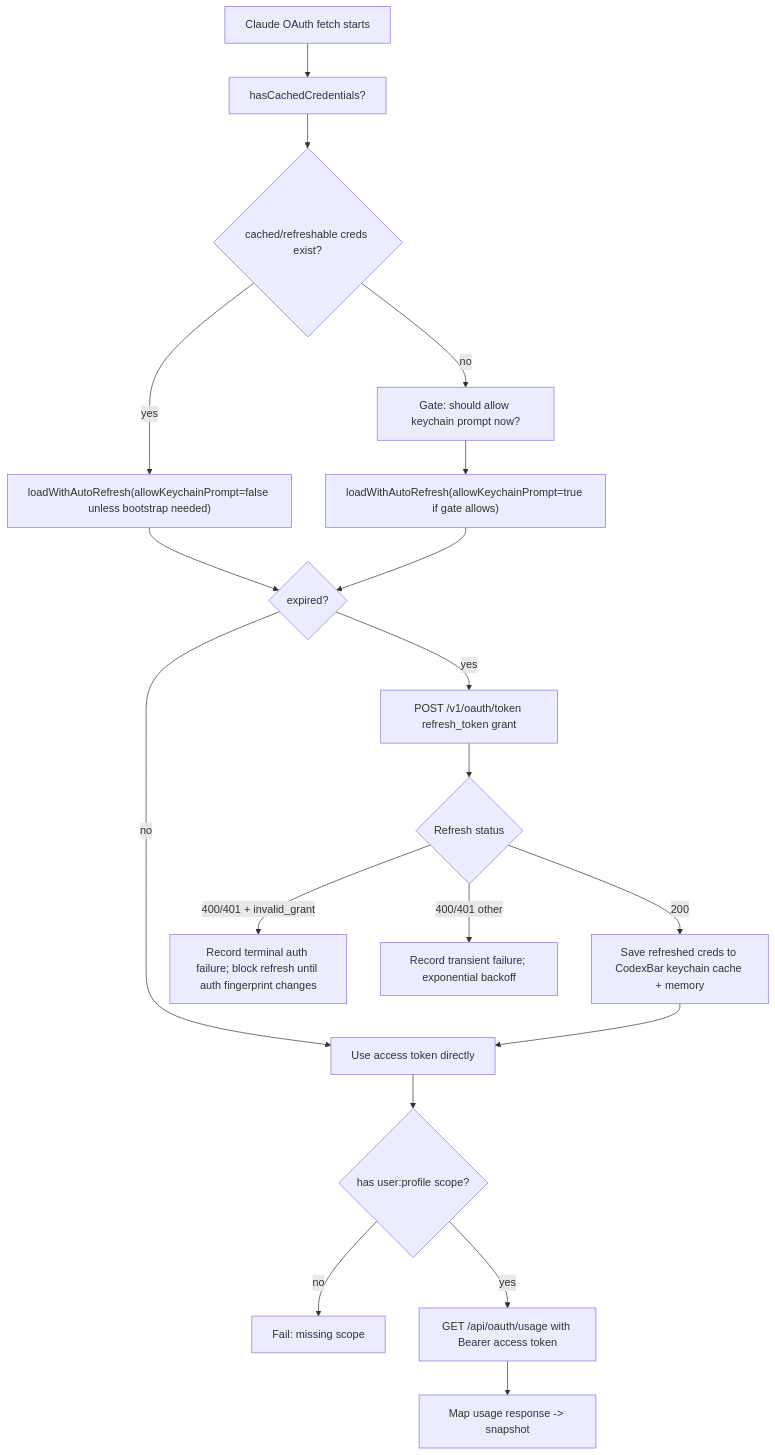
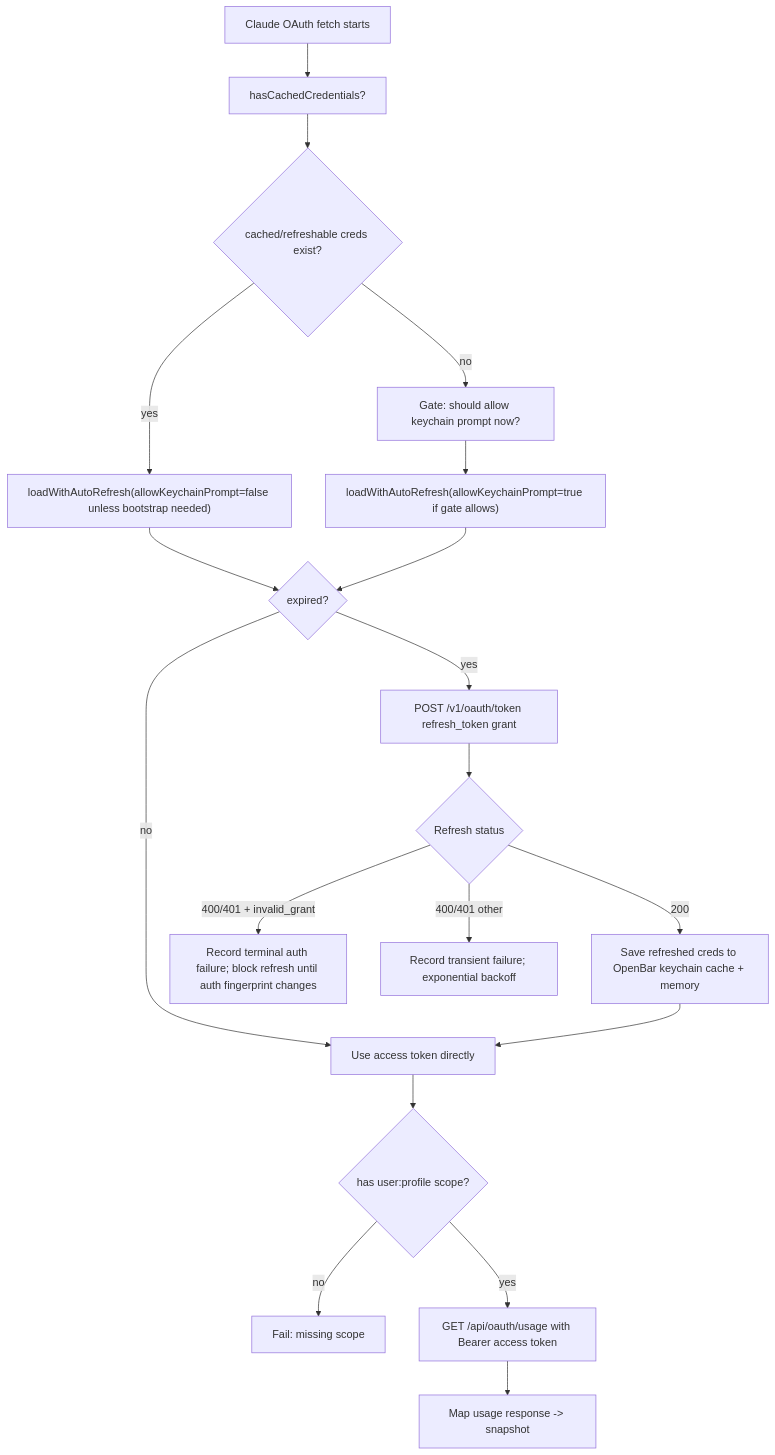
One commit to SergeSerb2/OpenBar changed the second of 10 diagrams in docs/claude-comparison-since-0.18.0beta2.md. Above: the diagram before and after it, drawn with Mermaid. The commit also changed other lines of this file and 6547 other files, not shown here.

First line of the commit message:
Rename CodexBar to OpenBar

````diff
--- a/docs/claude-comparison-since-0.18.0beta2.md
+++ b/docs/claude-comparison-since-0.18.0beta2.md
@@ -57,21 +57,21 @@
 ```mermaid
 flowchart TD
     A["Claude OAuth fetch starts"] --> B["hasCachedCredentials?"]
     B --> C{"cached/refreshable creds exist?"}
     C -- "yes" --> D["loadWithAutoRefresh(allowKeychainPrompt=false unless bootstrap needed)"]
     C -- "no" --> E["Gate: should allow keychain prompt now?"]
     E --> F["loadWithAutoRefresh(allowKeychainPrompt=true if gate allows)"]
     D --> G{"expired?"}
     F --> G
     G -- "no" --> H["Use access token directly"]
     G -- "yes" --> I["POST /v1/oauth/token refresh_token grant"]
     I --> J{"Refresh status"}
-    J -- "200" --> K["Save refreshed creds to CodexBar keychain cache + memory"]
+    J -- "200" --> K["Save refreshed creds to OpenBar keychain cache + memory"]
     J -- "400/401 + invalid_grant" --> L["Record terminal auth failure; block refresh until auth fingerprint changes"]
     J -- "400/401 other" --> M["Record transient failure; exponential backoff"]
     K --> H
     H --> N{"has user:profile scope?"}
     N -- "no" --> O["Fail: missing scope"]
     N -- "yes" --> P["GET /api/oauth/usage with Bearer access token"]
     P --> Q["Map usage response -> snapshot"]
 ```
````
